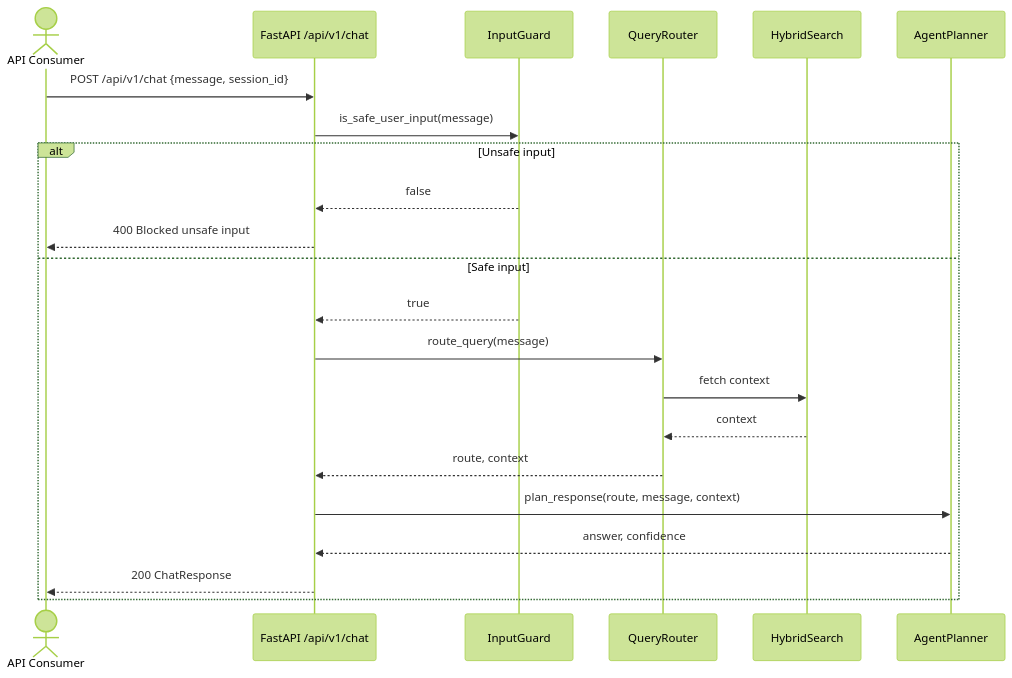
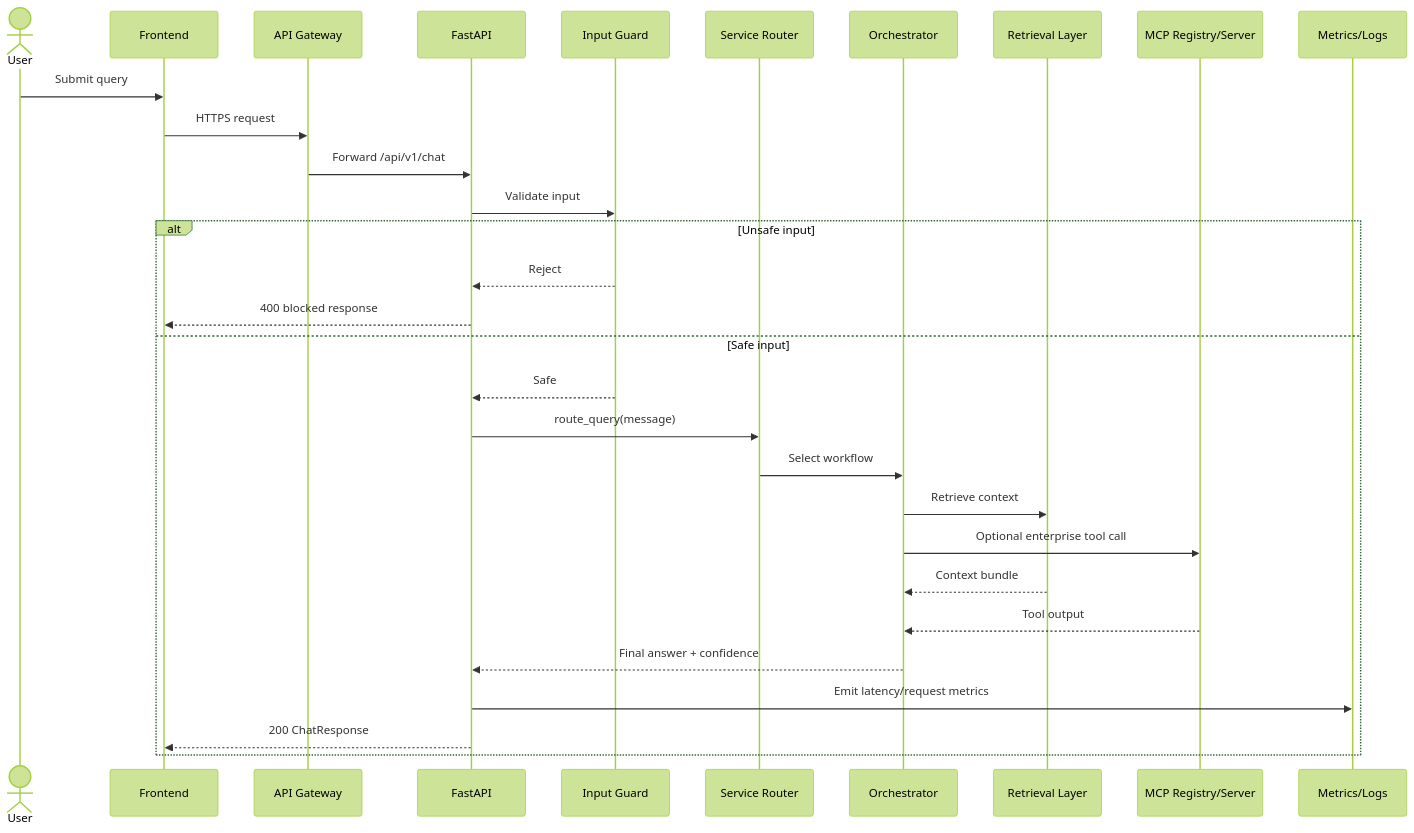
One commit to GreecyInfotech/SingleAgent changed the third of 5 diagrams in docs/uml-artifacts.md. Above: the diagram before and after it, drawn with Mermaid (forest theme). The commit also changed other lines of this file and 20 other files, not shown here.

First line of the commit message:
Optimize MCP architecture, caching, and test reliability.

````diff
--- a/docs/uml-artifacts.md
+++ b/docs/uml-artifacts.md
@@ -43,25 +71,33 @@
 ```mermaid
 sequenceDiagram
-    actor Client as API Consumer
-    participant API as FastAPI /api/v1/chat
-    participant Guard as InputGuard
-    participant Router as QueryRouter
-    participant Retrieval as HybridSearch
-    participant Planner as AgentPlanner
+    actor U as User
+    participant FE as Frontend
+    participant GW as API Gateway
+    participant API as FastAPI
+    participant Guard as Input Guard
+    participant Router as Service Router
+    participant Orch as Orchestrator
+    participant Rag as Retrieval Layer
+    participant MCP as MCP Registry/Server
+    participant Obs as Metrics/Logs
 
-    Client->>API: POST /api/v1/chat {message, session_id}
-    API->>Guard: is_safe_user_input(message)
+    U->>FE: Submit query
+    FE->>GW: HTTPS request
+    GW->>API: Forward /api/v1/chat
+    API->>Guard: Validate input
     alt Unsafe input
-        Guard-->>API: false
-        API-->>Client: 400 Blocked unsafe input
+        Guard-->>API: Reject
+        API-->>FE: 400 blocked response
     else Safe input
-        Guard-->>API: true
+        Guard-->>API: Safe
         API->>Router: route_query(message)
-        Router->>Retrieval: fetch context
-        Retrieval-->>Router: context
-        Router-->>API: route, context
-        API->>Planner: plan_response(route, message, context)
-        Planner-->>API: answer, confidence
-        API-->>Client: 200 ChatResponse
+        Router->>Orch: Select workflow
+        Orch->>Rag: Retrieve context
+        Orch->>MCP: Optional enterprise tool call
+        Rag-->>Orch: Context bundle
+        MCP-->>Orch: Tool output
+        Orch-->>API: Final answer + confidence
+        API->>Obs: Emit latency/request metrics
+        API-->>FE: 200 ChatResponse
     end
 ```
````
